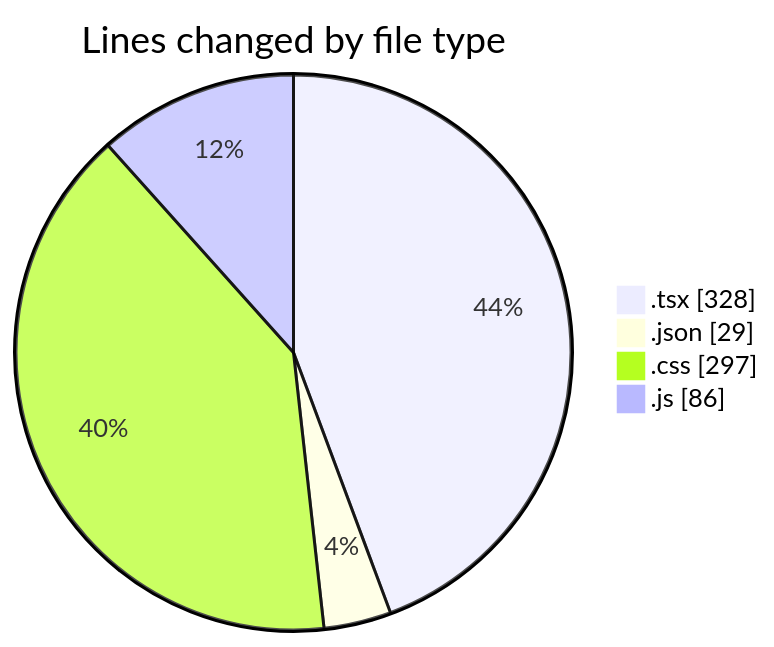
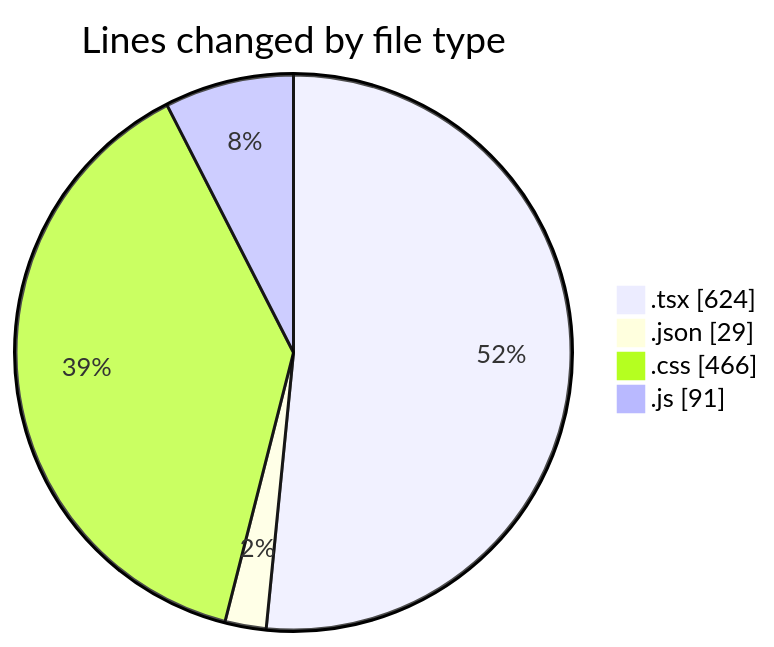
One commit to Elitesun/code-tracking changed the first of 2 diagrams in 2025-05-15/laala_boost/README.md. Above: the diagram before and after it, drawn with Mermaid. The commit also changed other lines of this file and 1 other file, not shown here.

````diff
--- a/2025-05-15/laala_boost/README.md
+++ b/2025-05-15/laala_boost/README.md
@@ -23,8 +26,8 @@
 ```mermaid
 pie showData
 title Lines changed by file type
-".tsx" : 328
+".tsx" : 624
 ".json" : 29
-".css" : 297
-".js" : 86
+".css" : 466
+".js" : 91
 ```
````
